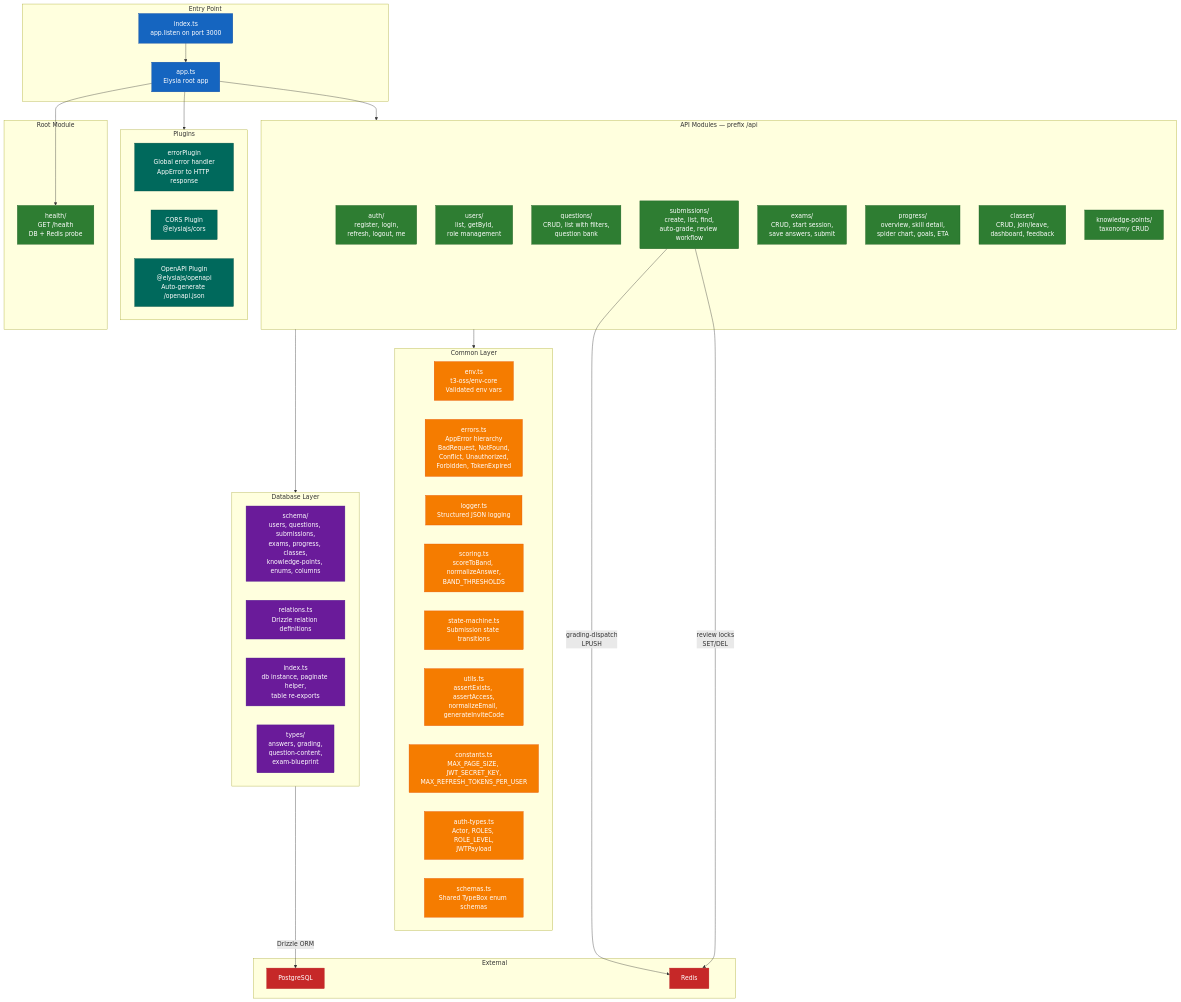
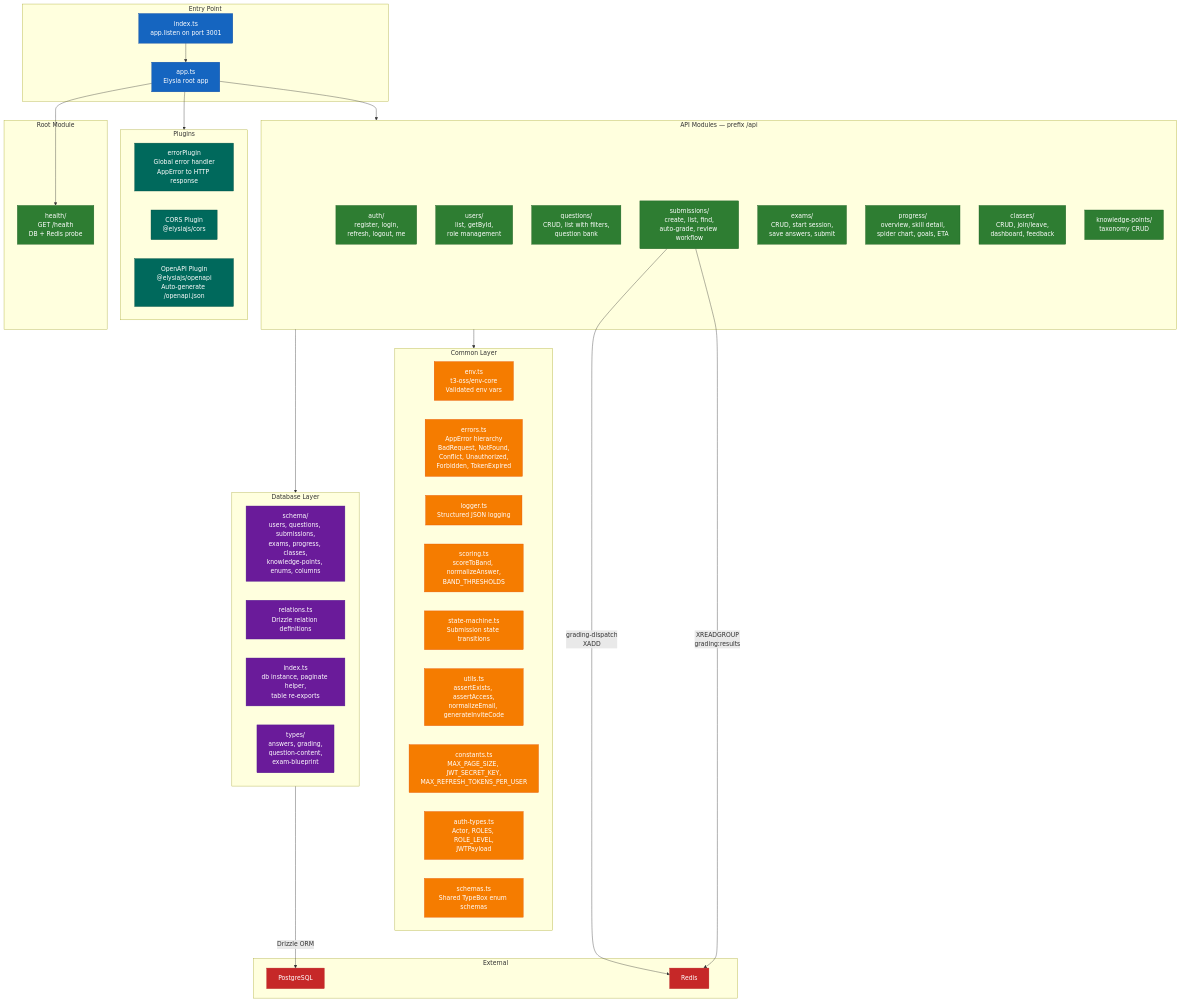
The third of 16 diagrams in docs/capstone/reports/VI/report4-software-design-document.md (81CuongVn/VSTEP), drawn with Mermaid before and after one commit. The commit also changed other lines of this file and 1 other file, not shown here.

````diff
--- a/docs/capstone/reports/VI/report4-software-design-document.md
+++ b/docs/capstone/reports/VI/report4-software-design-document.md
@@ -197,77 +195,77 @@
 ```mermaid
 flowchart TB
     subgraph EntryPoint ["Entry Point"]
         AppTS["app.ts<br/>Elysia root app"]
-        IndexTS["index.ts<br/>app.listen on port 3000"]
+        IndexTS["index.ts<br/>app.listen on port 3001"]
     end
 
     subgraph Plugins ["Plugins"]
         ErrorPlugin["errorPlugin<br/>Global error handler<br/>AppError to HTTP response"]
         CorsPlugin["CORS Plugin<br/>@elysiajs/cors"]
         OpenAPIPlugin["OpenAPI Plugin<br/>@elysiajs/openapi<br/>Auto-generate /openapi.json"]
     end
 
     subgraph APIModules ["API Modules — prefix /api"]
         Auth["auth/<br/>register, login,<br/>refresh, logout, me"]
         Users["users/<br/>list, getById,<br/>role management"]
         Questions["questions/<br/>CRUD, list with filters,<br/>question bank"]
         Submissions["submissions/<br/>create, list, find,<br/>auto-grade, review workflow"]
         Exams["exams/<br/>CRUD, start session,<br/>save answers, submit"]
         Progress["progress/<br/>overview, skill detail,<br/>spider chart, goals, ETA"]
         Classes["classes/<br/>CRUD, join/leave,<br/>dashboard, feedback"]
         KnowledgePoints["knowledge-points/<br/>taxonomy CRUD"]
     end
 
     subgraph HealthModule ["Root Module"]
         Health["health/<br/>GET /health<br/>DB + Redis probe"]
     end
 
     subgraph Common ["Common Layer"]
         Env["env.ts<br/>t3-oss/env-core<br/>Validated env vars"]
         Errors["errors.ts<br/>AppError hierarchy<br/>BadRequest, NotFound,<br/>Conflict, Unauthorized,<br/>Forbidden, TokenExpired"]
         Logger["logger.ts<br/>Structured JSON logging"]
         Scoring["scoring.ts<br/>scoreToBand, normalizeAnswer,<br/>BAND_THRESHOLDS"]
         StateMachine["state-machine.ts<br/>Submission state transitions"]
         Utils["utils.ts<br/>assertExists, assertAccess,<br/>normalizeEmail, generateInviteCode"]
         Constants["constants.ts<br/>MAX_PAGE_SIZE, JWT_SECRET_KEY,<br/>MAX_REFRESH_TOKENS_PER_USER"]
         AuthTypes["auth-types.ts<br/>Actor, ROLES, ROLE_LEVEL,<br/>JWTPayload"]
         Schemas["schemas.ts<br/>Shared TypeBox enum schemas"]
     end
 
     subgraph DBLayer ["Database Layer"]
         Schema["schema/<br/>users, questions, submissions,<br/>exams, progress, classes,<br/>knowledge-points, enums, columns"]
         Relations["relations.ts<br/>Drizzle relation definitions"]
         DBIndex["index.ts<br/>db instance, paginate helper,<br/>table re-exports"]
         Types["types/<br/>answers, grading,<br/>question-content,<br/>exam-blueprint"]
     end
 
     subgraph External ["External"]
         PG["PostgreSQL"]
         RedisExt["Redis"]
     end
 
     IndexTS --> AppTS
     AppTS --> Plugins
     AppTS --> Health
     AppTS --> APIModules
 
     APIModules --> Common
     APIModules --> DBLayer
-    Submissions -->|"grading-dispatch<br/>LPUSH"| RedisExt
-    Submissions -->|"review locks<br/>SET/DEL"| RedisExt
+    Submissions -->|"grading-dispatch<br/>XADD"| RedisExt
+    Submissions -->|"XREADGROUP<br/>grading:results"| RedisExt
     DBLayer -->|"Drizzle ORM"| PG
 
     classDef entry fill:#1565c0,stroke:#0d47a1,color:#fff
     classDef plugin fill:#00695c,stroke:#004d40,color:#fff
     classDef module fill:#2e7d32,stroke:#1b5e20,color:#fff
     classDef common fill:#f57c00,stroke:#e65100,color:#fff
     classDef db fill:#6a1b9a,stroke:#4a148c,color:#fff
     classDef ext fill:#c62828,stroke:#b71c1c,color:#fff
 
     class AppTS,IndexTS entry
     class ErrorPlugin,CorsPlugin,OpenAPIPlugin plugin
     class Auth,Users,Questions,Submissions,Exams,Progress,Classes,KnowledgePoints,Health module
     class Env,Errors,Logger,Scoring,StateMachine,Utils,Constants,AuthTypes,Schemas common
     class Schema,Relations,DBIndex,Types db
     class PG,RedisExt ext
 ```
````
